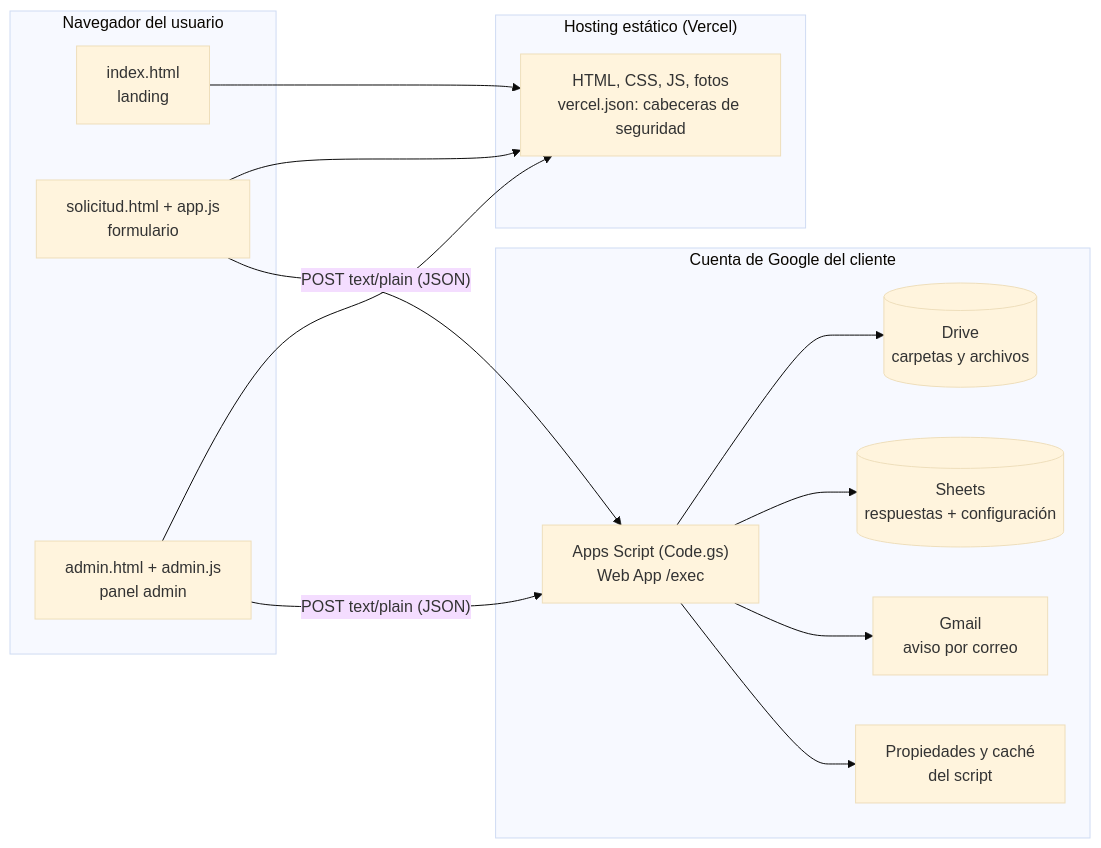
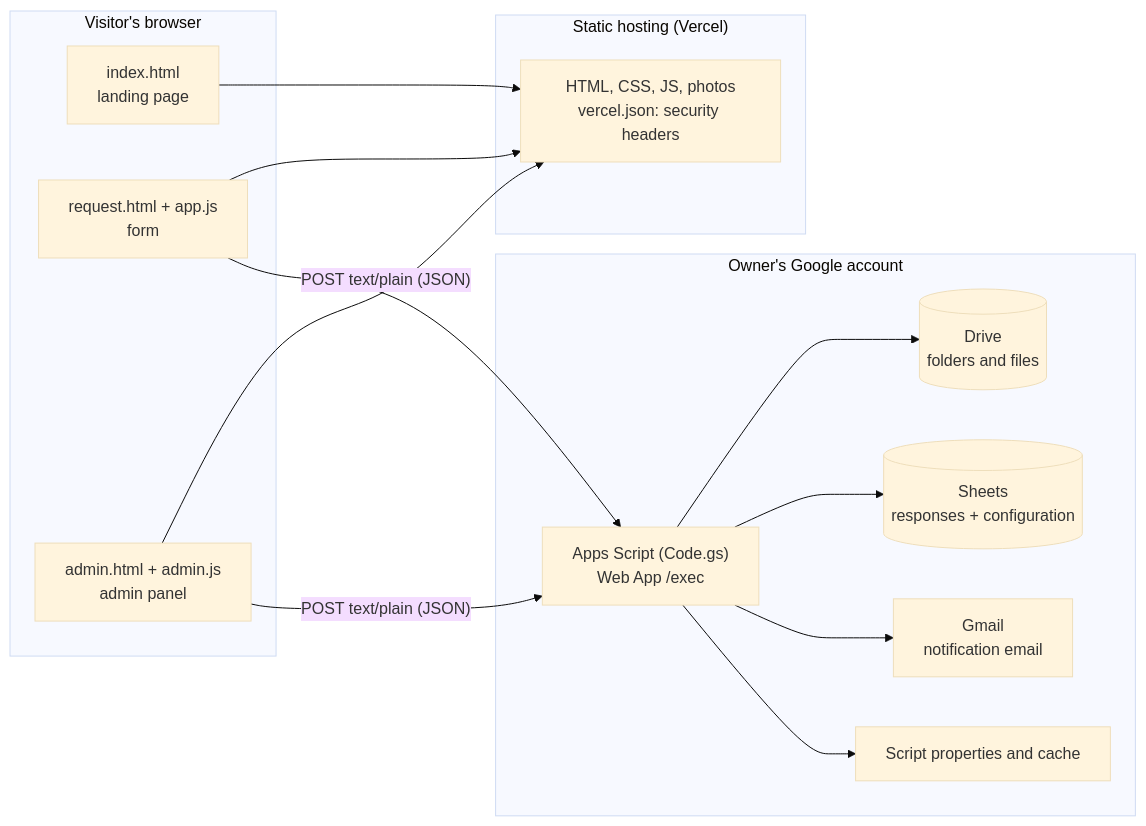
Before and after one commit to BoanergesDaza/formforge-apps-script: the first of 3 diagrams in README.md, drawn with Mermaid (base theme). The commit also changed other lines of this file and 15 other files, not shown here.

````diff
--- a/README.md
+++ b/README.md
@@ -34,30 +54,30 @@
 ```mermaid
 flowchart LR
-    subgraph Navegador["Navegador del usuario"]
-        L["index.html<br/>landing"]
-        F["solicitud.html + app.js<br/>formulario"]
-        A["admin.html + admin.js<br/>panel admin"]
+    subgraph Browser["Visitor's browser"]
+        L["index.html<br/>landing page"]
+        F["request.html + app.js<br/>form"]
+        A["admin.html + admin.js<br/>admin panel"]
     end
 
-    subgraph Hosting["Hosting estático (Vercel)"]
-        S["HTML, CSS, JS, fotos<br/>vercel.json: cabeceras de seguridad"]
+    subgraph Hosting["Static hosting (Vercel)"]
+        S["HTML, CSS, JS, photos<br/>vercel.json: security headers"]
     end
 
-    subgraph Google["Cuenta de Google del cliente"]
+    subgraph Google["Owner's Google account"]
         GS["Apps Script (Code.gs)<br/>Web App /exec"]
-        DR[("Drive<br/>carpetas y archivos")]
-        SH[("Sheets<br/>respuestas + configuración")]
-        MA["Gmail<br/>aviso por correo"]
-        PR["Propiedades y caché<br/>del script"]
+        DR[("Drive<br/>folders and files")]
+        SH[("Sheets<br/>responses + configuration")]
+        MA["Gmail<br/>notification email"]
+        PR["Script properties and cache"]
     end
 
     L --> S
     F --> S
     A --> S
     F -- "POST text/plain (JSON)" --> GS
     A -- "POST text/plain (JSON)" --> GS
     GS --> DR
     GS --> SH
     GS --> MA
     GS --> PR
 ```
````
